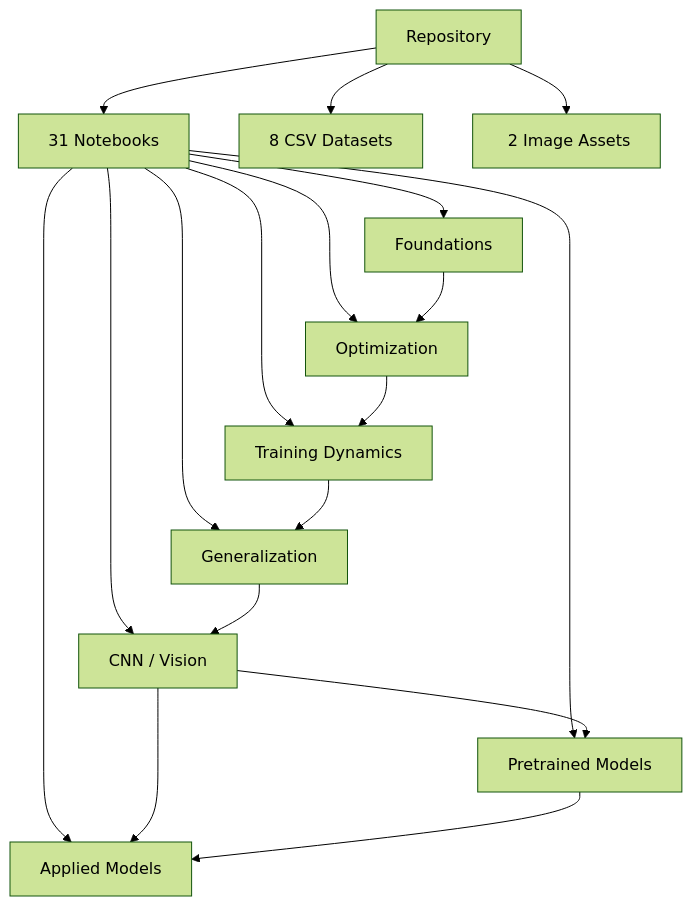
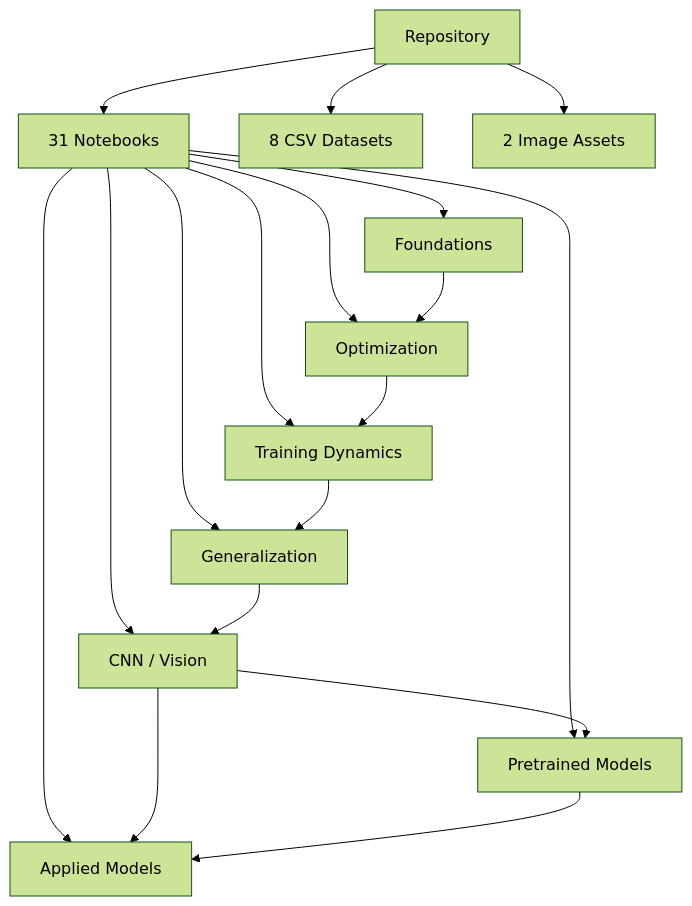
One commit to RITESH2127/Deep-learning-notebooks-and-datasets changed the third of 3 diagrams in README.md. Above: the diagram before and after it, drawn with Mermaid (forest theme). The commit also changed other lines of this file, not shown here.

```diff
--- a/README.md
+++ b/README.md
@@ -506,24 +627,24 @@
 ~~~mermaid
 flowchart TB
  R[" Repository"]
 
  R --> N[" 31 Notebooks"]
  R --> D[" 8 CSV Datasets"]
- R --> I["️ 2 Image Assets"]
+ R --> I[" 2 Image Assets"]
 
  N --> F["Foundations"]
  N --> O["Optimization"]
  N --> T["Training Dynamics"]
  N --> G["Generalization"]
  N --> C["CNN / Vision"]
  N --> P["Pretrained Models"]
  N --> A["Applied Models"]
 
  F --> O
  O --> T
  T --> G
  G --> C
  C --> P
  C --> A
  P --> A
 ~~~
```
